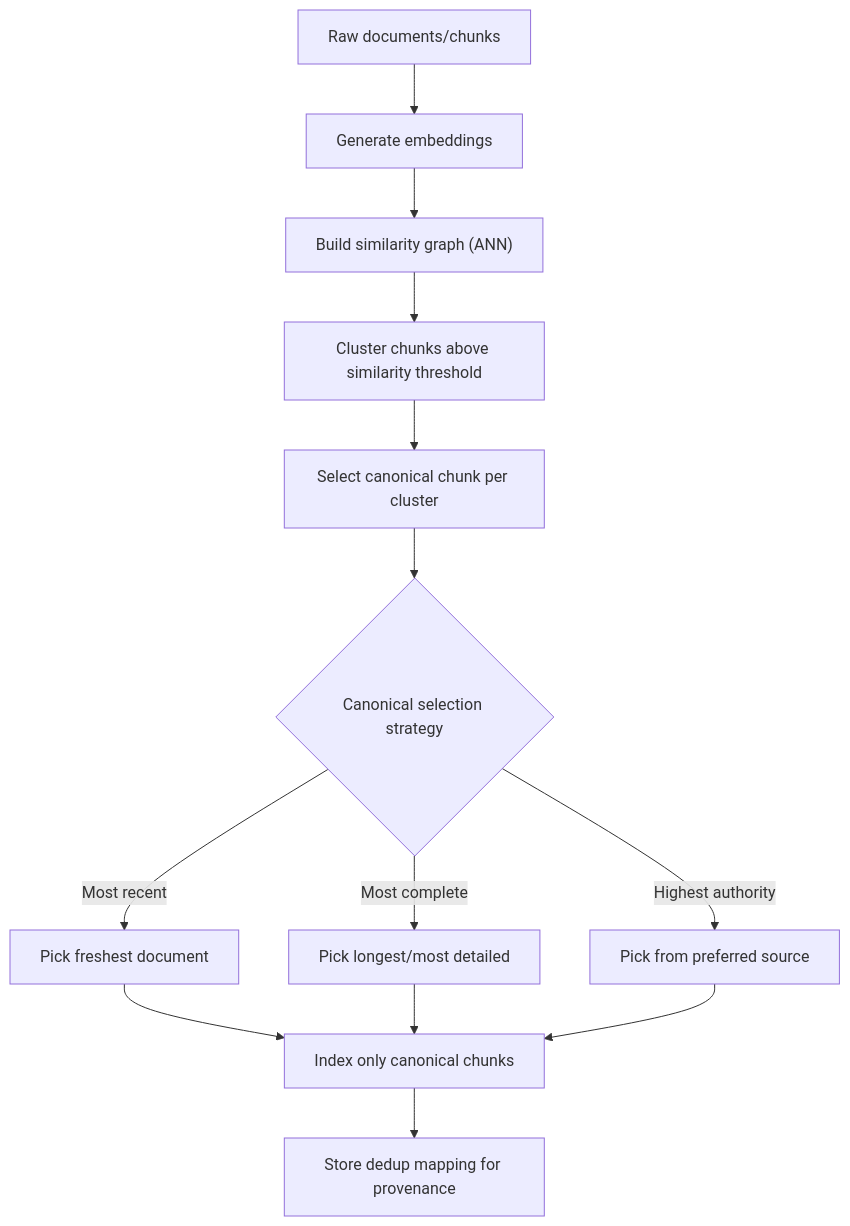
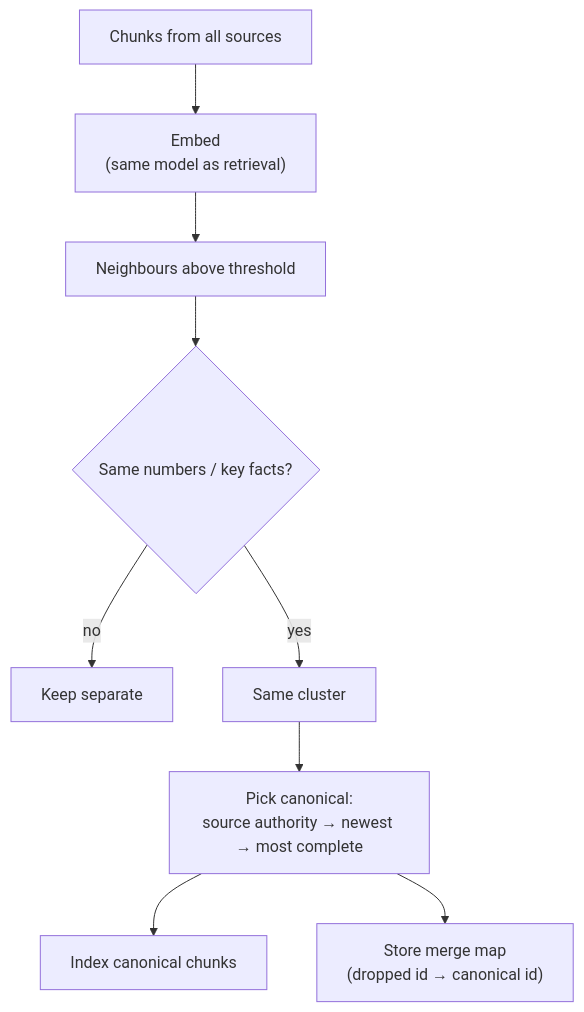
The diagram in content/patterns/data-patterns/semantic-deduplication.md (PrajwalAmte/AI-Engineering-Patterns), drawn with Mermaid before and after one commit. The commit also changed other lines of this file and 190 other files, not shown here.

```diff
--- a/content/patterns/data-patterns/semantic-deduplication.md
+++ b/content/patterns/data-patterns/semantic-deduplication.md
@@ -35,15 +33,11 @@
 <pre class="mermaid">
 flowchart TD
-    A["Raw documents/chunks"] --> B["Generate embeddings"]
-    B --> C["Build similarity graph (ANN)"]
-    C --> D["Cluster chunks above similarity threshold"]
-    D --> E["Select canonical chunk per cluster"]
-    E --> F{"Canonical selection strategy"}
-    F -->|"Most recent"| G["Pick freshest document"]
-    F -->|"Most complete"| H["Pick longest/most detailed"]
-    F -->|"Highest authority"| I["Pick from preferred source"]
-    G --> J["Index only canonical chunks"]
-    H --> J
-    I --> J
-    J --> K["Store dedup mapping for provenance"]
+    A["Chunks from all sources"] --> E["Embed<br/>(same model as retrieval)"]
+    E --> N["Neighbours above threshold"]
+    N --> G{"Same numbers / key facts?"}
+    G -->|"no"| K["Keep separate"]
+    G -->|"yes"| U["Same cluster"]
+    U --> C["Pick canonical:<br/>source authority → newest → most complete"]
+    C --> I["Index canonical chunks"]
+    C --> M["Store merge map<br/>(dropped id → canonical id)"]
 </pre>
```
